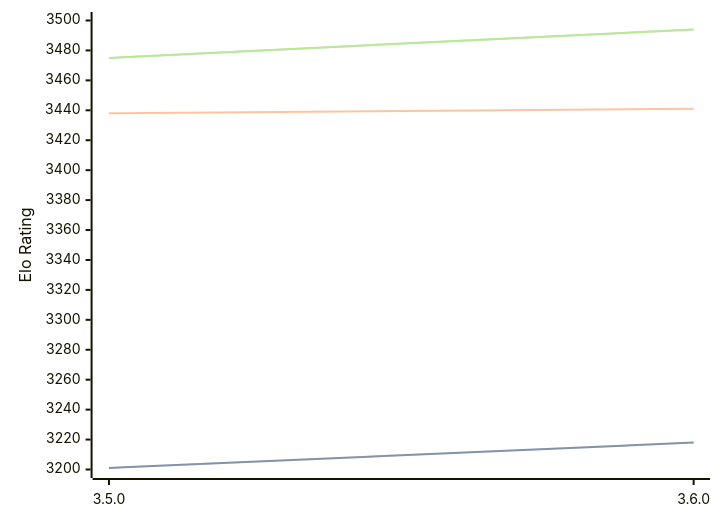
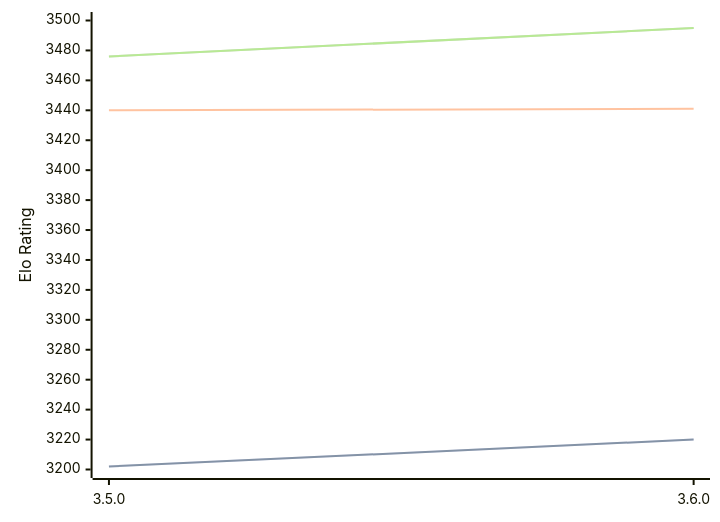
The diagram in engines/Igel.md (computer-chess-index/cci), drawn with Mermaid before and after one commit. The commit also changed other lines of this file, not shown here.

Commit message:
Update CCI Ratings (ELO VLTC) - 2026-04-25

````diff
--- a/engines/Igel.md
+++ b/engines/Igel.md
@@ -68,11 +68,11 @@
 ```mermaid
 %%{init: {"theme":"base","themeVariables":{"seriesColors:['#a3a3a3','#222221','#faa371']}}}%%
 xychart-beta
   x-axis ["3.5.0", "3.6.0"]
   y-axis "Elo Rating" 3200 --> 3500
-  line "STC (8.0+0.08s)" [3201, 3218]
-  line "STC (8.0+0.08s)" [3201, 3218]
-  line "LTC (60.0+0.60s)" [3438, 3441]
-  line "VLTC (2m24s+1.12s)" [3475, 3494]
-  line "VLTC (2m24s+1.12s)" [3475, 3494]
+  line "STC (8.0+0.08s)" [3202, 3220]
+  line "STC (8.0+0.08s)" [3202, 3220]
+  line "LTC (60.0+0.60s)" [3440, 3441]
+  line "VLTC (2m24s+1.12s)" [3476, 3495]
+  line "VLTC (2m24s+1.12s)" [3476, 3495]
 ```
````
